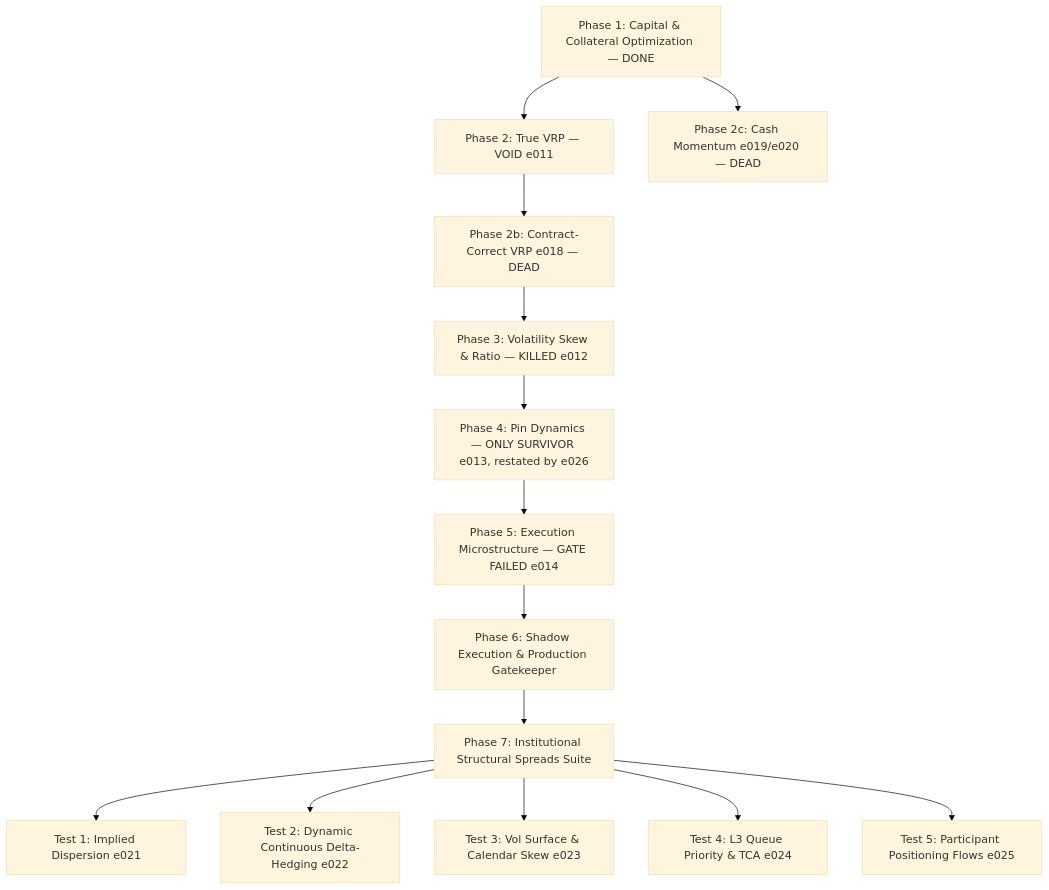
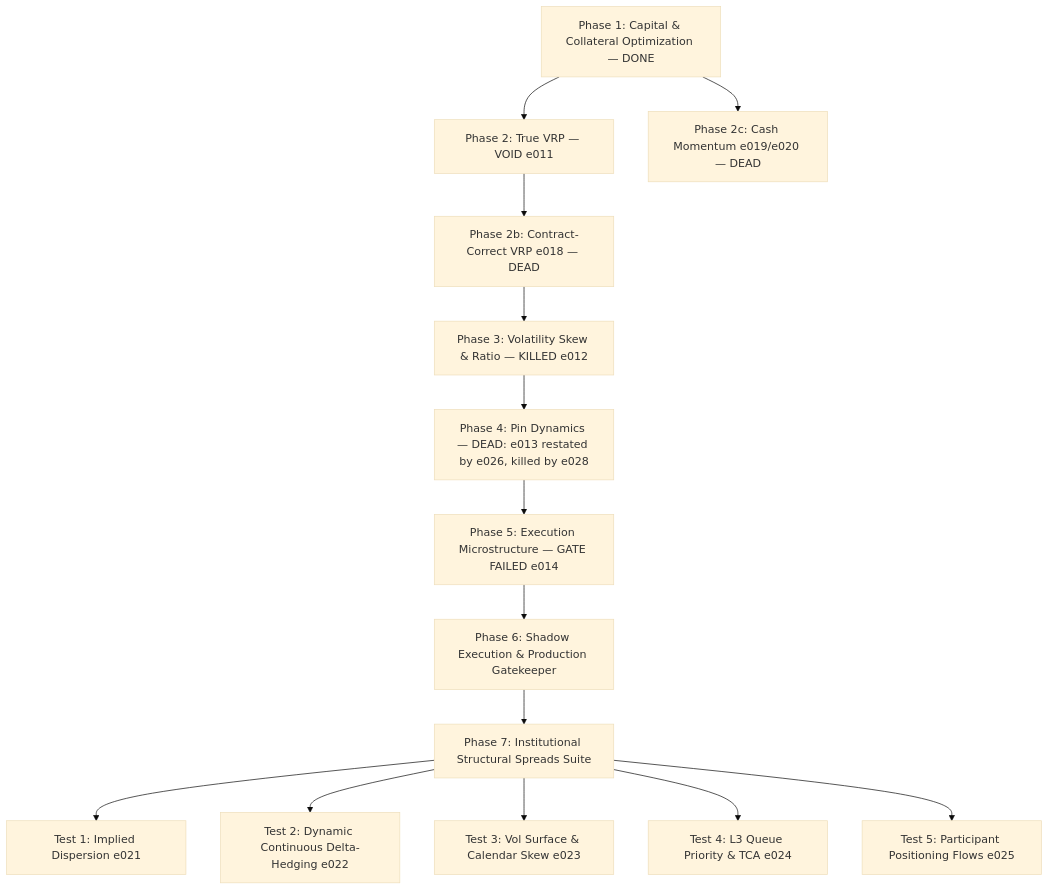
The first of 3 diagrams in actionplan.md (vijayanajay/dhanopt), drawn with Mermaid (base theme) before and after one commit. The commit also changed other lines of this file and 14 other files, not shown here.

````diff
--- a/actionplan.md
+++ b/actionplan.md
@@ -135,16 +141,16 @@
 ```mermaid
 flowchart TD
     P1[Phase 1: Capital & Collateral Optimization — DONE] --> P2[Phase 2: True VRP — VOID e011]
     P2 --> P2B[Phase 2b: Contract-Correct VRP e018 — DEAD]
     P1 --> P2C[Phase 2c: Cash Momentum e019/e020 — DEAD]
     P2B --> P3[Phase 3: Volatility Skew & Ratio — KILLED e012]
-    P3 --> P4[Phase 4: Pin Dynamics — ONLY SURVIVOR e013, restated by e026]
+    P3 --> P4[Phase 4: Pin Dynamics — DEAD: e013 restated by e026, killed by e028]
     P4 --> P5[Phase 5: Execution Microstructure — GATE FAILED e014]
     P5 --> P6[Phase 6: Shadow Execution & Production Gatekeeper]
     P6 --> P7[Phase 7: Institutional Structural Spreads Suite]
     P7 --> T1[Test 1: Implied Dispersion e021]
     P7 --> T2[Test 2: Dynamic Continuous Delta-Hedging e022]
     P7 --> T3[Test 3: Vol Surface & Calendar Skew e023]
     P7 --> T4[Test 4: L3 Queue Priority & TCA e024]
     P7 --> T5[Test 5: Participant Positioning Flows e025]
 ```
````
